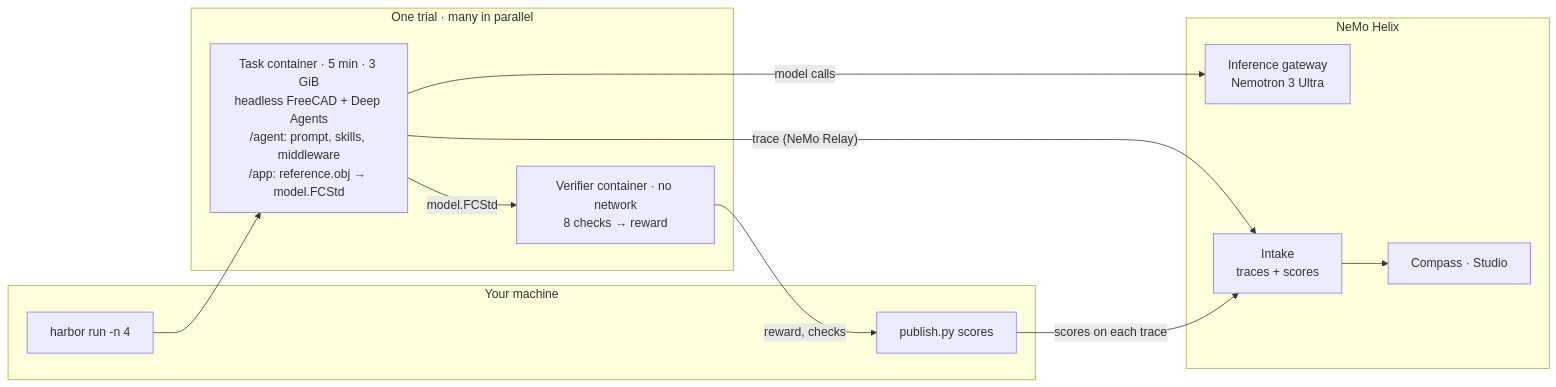
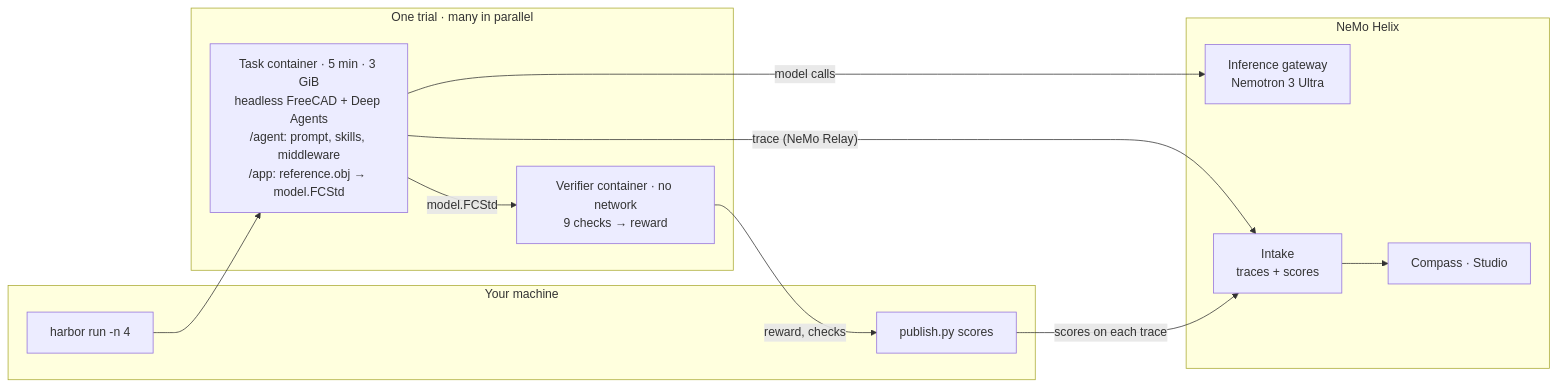
The second of 2 diagrams in examples/tools/cae-freecad-agent-harness-optimization/README.md (NVIDIA/nemoclaw-community), drawn with Mermaid before and after one commit. The commit also changed other lines of this file and 15 other files, not shown here.

````diff
--- a/examples/tools/cae-freecad-agent-harness-optimization/README.md
+++ b/examples/tools/cae-freecad-agent-harness-optimization/README.md
@@ -123,23 +123,23 @@
 ```mermaid
 flowchart LR
   subgraph host["Your machine"]
     H["harbor run -n 4"]
     P["publish.py scores"]
   end
   subgraph trial["One trial · many in parallel"]
     C["Task container · 5 min · 3 GiB<br/>headless FreeCAD + Deep Agents<br/>/agent: prompt, skills, middleware<br/>/app: reference.obj → model.FCStd"]
-    V["Verifier container · no network<br/>8 checks → reward"]
+    V["Verifier container · no network<br/>9 checks → reward"]
   end
   subgraph helix["NeMo Helix"]
     G["Inference gateway<br/>Nemotron 3 Ultra"]
     I["Intake<br/>traces + scores"]
     S["Compass · Studio"]
   end
   H --> C
   C -- "model calls" --> G
   C -- "trace (NeMo Relay)" --> I
   C -- "model.FCStd" --> V
   V -- "reward, checks" --> P
   P -- "scores on each trace" --> I
   I --> S
 ```
````
